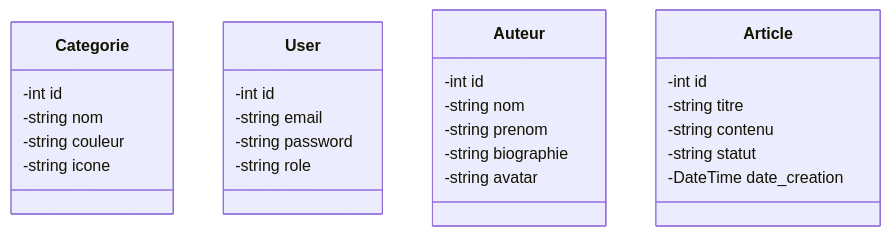
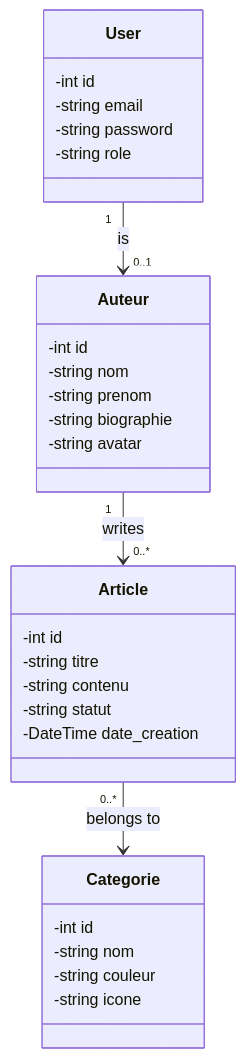
The diagram in objets/coneception/classe.mmd (elhamyaniazizasolicod/MObile_Tutoriel), drawn with Mermaid before and after one commit.

```diff
--- a/objets/coneception/classe.mmd
+++ b/objets/coneception/classe.mmd
@@ -1,31 +1,35 @@
 
 classDiagram
     class Categorie {
         -int id
         -string nom
         -string couleur
         -string icone
     }
     
     class User {
         -int id
         -string email
         -string password
         -string role
     }
     
     class Auteur {
         -int id
         -string nom
         -string prenom
         -string biographie
         -string avatar
     }
     
     class Article {
         -int id
         -string titre
         -string contenu
         -string statut
         -DateTime date_creation
     }
+
+    User "1" --> "0..1" Auteur: is
+    Auteur "1" --> "0..*" Article: writes
+    Article "0..*" --> Categorie: belongs to
```
